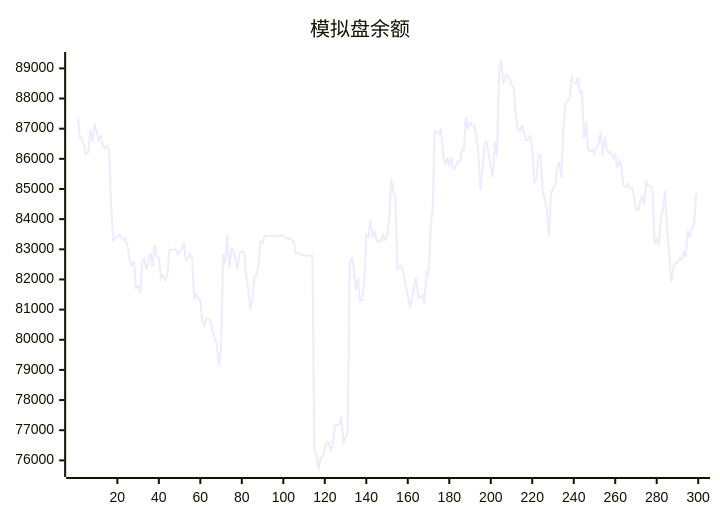
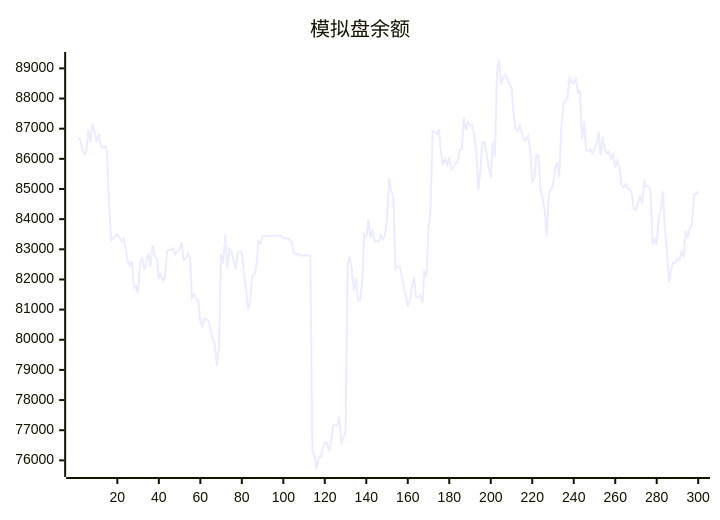
The diagram in README.md (aahl/ai-trading), drawn with Mermaid before and after one commit. The commit also changed other lines of this file and 1 other file, not shown here.

````diff
--- a/README.md
+++ b/README.md
@@ -5,5 +5,5 @@
 ```mermaid
 xychart
     title "模拟盘余额"
-    line [87369,86666,86685,86384,86152,86243,86969,86548,87164,86885,86566,86809,86427,86348,86417,86273,84538,83299,83369,83430,83490,83404,83270,83362,83056,82605,82459,82614,81734,81788,81551,82598,82702,82320,82580,82878,82426,83139,82778,82686,82056,82166,81963,82110,82951,82983,82984,83038,82838,82915,82998,83235,82642,82682,82858,82746,81396,81512,81362,81277,80600,80461,80699,80673,80616,80288,80038,79836,79142,79722,82837,82533,83480,82366,83032,82960,82654,82330,82883,82934,82901,82188,81728,81005,81298,82110,82135,82449,83264,83203,83440,83439,83440,83440,83446,83447,83448,83447,83448,83449,83369,83369,83369,83313,83256,82872,82873,82801,82844,82785,82791,82791,82793,82794,76339,76145,75714,76110,76096,76397,76594,76585,76310,76607,77160,77170,77160,77456,76541,76774,76927,82520,82744,82337,81639,82040,81307,81314,81887,83490,83414,83984,83396,83594,83261,83287,83253,83470,83327,83465,83987,85348,84930,84786,82355,82433,82438,82167,81795,81466,81105,81315,81756,82064,81426,81398,81481,81210,82242,82099,83658,84359,86925,86892,86814,86980,86203,85802,86003,85811,86028,85657,85721,85896,85880,86300,86299,87378,86965,87214,87115,87118,86780,86238,84966,85623,86555,86562,86129,85722,85387,86569,86070,88870,89278,88477,88720,88781,88668,88467,88372,87493,87018,86917,87102,86870,86613,86644,86758,86317,85242,85334,86149,86106,84968,84671,84302,83410,84816,85001,85127,85693,85891,85384,87001,87811,87945,88007,88734,88528,88495,88705,88189,88248,86662,87234,86279,86251,86314,86177,86364,86503,86886,86114,86731,86310,86176,86240,86017,86136,85685,85938,85749,85111,85044,85164,85016,85008,84824,84354,84287,84572,84745,84500,85234,85096,85095,84970,83180,83338,83157,84070,84309,84922,83667,82850,81924,82369,82552,82539,82695,82648,82962,82728,83619,83378,83710,83825,84819,84854]
+    line [86666,86685,86384,86152,86243,86969,86548,87164,86885,86566,86809,86427,86348,86417,86273,84538,83299,83369,83430,83490,83404,83270,83362,83056,82605,82459,82614,81734,81788,81551,82598,82702,82320,82580,82878,82426,83139,82778,82686,82056,82166,81963,82110,82951,82983,82984,83038,82838,82915,82998,83235,82642,82682,82858,82746,81396,81512,81362,81277,80600,80461,80699,80673,80616,80288,80038,79836,79142,79722,82837,82533,83480,82366,83032,82960,82654,82330,82883,82934,82901,82188,81728,81005,81298,82110,82135,82449,83264,83203,83440,83439,83440,83440,83446,83447,83448,83447,83448,83449,83369,83369,83369,83313,83256,82872,82873,82801,82844,82785,82791,82791,82793,82794,76339,76145,75714,76110,76096,76397,76594,76585,76310,76607,77160,77170,77160,77456,76541,76774,76927,82520,82744,82337,81639,82040,81307,81314,81887,83490,83414,83984,83396,83594,83261,83287,83253,83470,83327,83465,83987,85348,84930,84786,82355,82433,82438,82167,81795,81466,81105,81315,81756,82064,81426,81398,81481,81210,82242,82099,83658,84359,86925,86892,86814,86980,86203,85802,86003,85811,86028,85657,85721,85896,85880,86300,86299,87378,86965,87214,87115,87118,86780,86238,84966,85623,86555,86562,86129,85722,85387,86569,86070,88870,89278,88477,88720,88781,88668,88467,88372,87493,87018,86917,87102,86870,86613,86644,86758,86317,85242,85334,86149,86106,84968,84671,84302,83410,84816,85001,85127,85693,85891,85384,87001,87811,87945,88007,88734,88528,88495,88705,88189,88248,86662,87234,86279,86251,86314,86177,86364,86503,86886,86114,86731,86310,86176,86240,86017,86136,85685,85938,85749,85111,85044,85164,85016,85008,84824,84354,84287,84572,84745,84500,85234,85096,85095,84970,83180,83338,83157,84070,84309,84922,83667,82850,81924,82369,82552,82539,82695,82648,82962,82728,83619,83378,83710,83825,84819,84854,84917]
 ```
````
